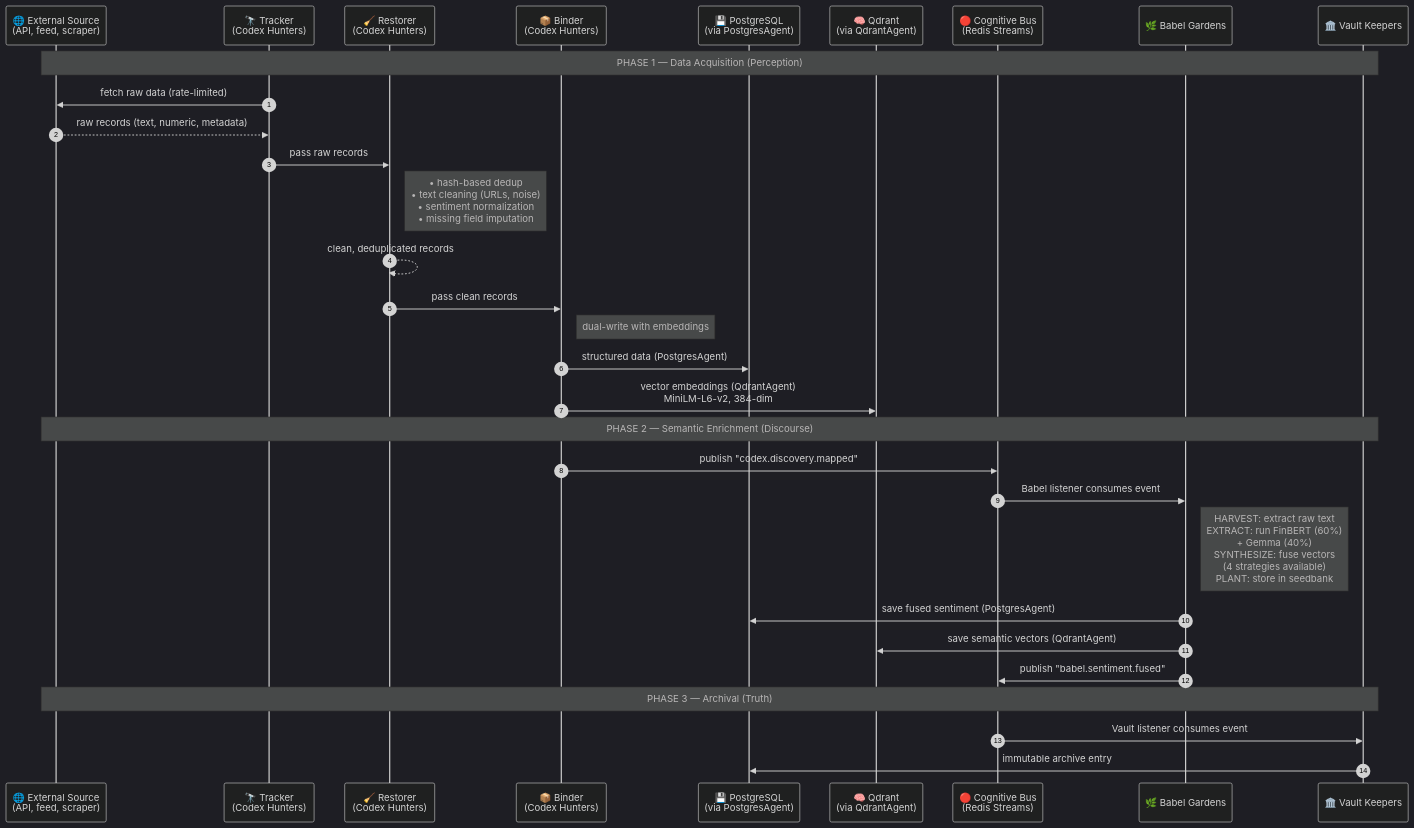
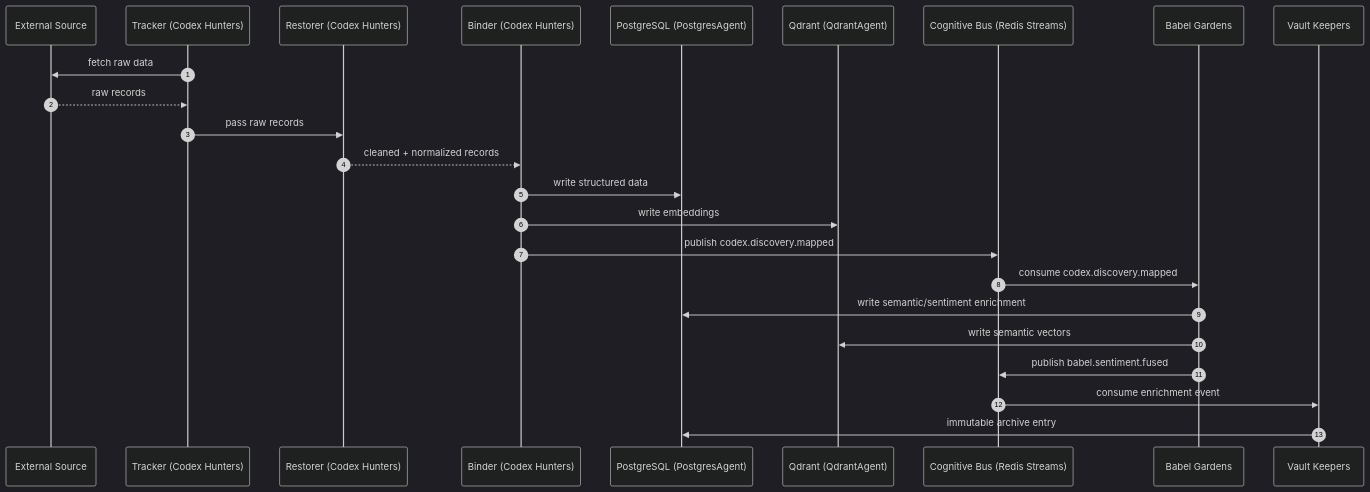
Before and after one commit to vitruvyan/vitruvyan-core: the first of 2 diagrams in docs/foundational/VITRUVYAN_PIPELINE_WALKTHROUGH.md, drawn with Mermaid (dark theme). The commit also changed other lines of this file and 87 other files, not shown here.

````diff
--- a/docs/foundational/VITRUVYAN_PIPELINE_WALKTHROUGH.md
+++ b/docs/foundational/VITRUVYAN_PIPELINE_WALKTHROUGH.md
@@ -41,43 +20,27 @@
 ```mermaid
 sequenceDiagram
     autonumber
-    participant SRC as 🌐 External Source<br/>(API, feed, scraper)
-    participant TRK as 🔭 Tracker<br/>(Codex Hunters)
-    participant RST as 🧹 Restorer<br/>(Codex Hunters)
-    participant BND as 📦 Binder<br/>(Codex Hunters)
-    participant PG as 💾 PostgreSQL<br/>(via PostgresAgent)
-    participant QD as 🧠 Qdrant<br/>(via QdrantAgent)
-    participant BUS as 🔴 Cognitive Bus<br/>(Redis Streams)
-    participant BBL as 🌿 Babel Gardens
-    participant VLT as 🏛️ Vault Keepers
+    participant SRC as External Source
+    participant TRK as Tracker (Codex Hunters)
+    participant RST as Restorer (Codex Hunters)
+    participant BND as Binder (Codex Hunters)
+    participant PG as PostgreSQL (PostgresAgent)
+    participant QD as Qdrant (QdrantAgent)
+    participant BUS as Cognitive Bus (Redis Streams)
+    participant BBL as Babel Gardens
+    participant VLT as Vault Keepers
 
-    Note over SRC,VLT: PHASE 1 — Data Acquisition (Perception)
-    
-    TRK->>SRC: fetch raw data (rate-limited)
-    SRC-->>TRK: raw records (text, numeric, metadata)
-    
+    TRK->>SRC: fetch raw data
+    SRC-->>TRK: raw records
     TRK->>RST: pass raw records
-    Note right of RST: • hash-based dedup<br/>• text cleaning (URLs, noise)<br/>• sentiment normalization<br/>• missing field imputation
-    RST-->>RST: clean, deduplicated records
-
-    RST->>BND: pass clean records
-    Note right of BND: dual-write with embeddings
-    BND->>PG: structured data (PostgresAgent)
-    BND->>QD: vector embeddings (QdrantAgent)<br/>MiniLM-L6-v2, 384-dim
-
-    Note over SRC,VLT: PHASE 2 — Semantic Enrichment (Discourse)
-
-    BND->>BUS: publish "codex.discovery.mapped"
-    BUS->>BBL: Babel listener consumes event
-    
-    Note right of BBL: HARVEST: extract raw text<br/>EXTRACT: run FinBERT (60%)<br/> + Gemma (40%)<br/>SYNTHESIZE: fuse vectors<br/> (4 strategies available)<br/>PLANT: store in seedbank
-    
-    BBL->>PG: save fused sentiment (PostgresAgent)
-    BBL->>QD: save semantic vectors (QdrantAgent)
-    BBL->>BUS: publish "babel.sentiment.fused"
-
-    Note over SRC,VLT: PHASE 3 — Archival (Truth)
-
-    BUS->>VLT: Vault listener consumes event
+    RST-->>BND: cleaned + normalized records
+    BND->>PG: write structured data
+    BND->>QD: write embeddings
+    BND->>BUS: publish codex.discovery.mapped
+    BUS->>BBL: consume codex.discovery.mapped
+    BBL->>PG: write semantic/sentiment enrichment
+    BBL->>QD: write semantic vectors
+    BBL->>BUS: publish babel.sentiment.fused
+    BUS->>VLT: consume enrichment event
     VLT->>PG: immutable archive entry
 ```
````
